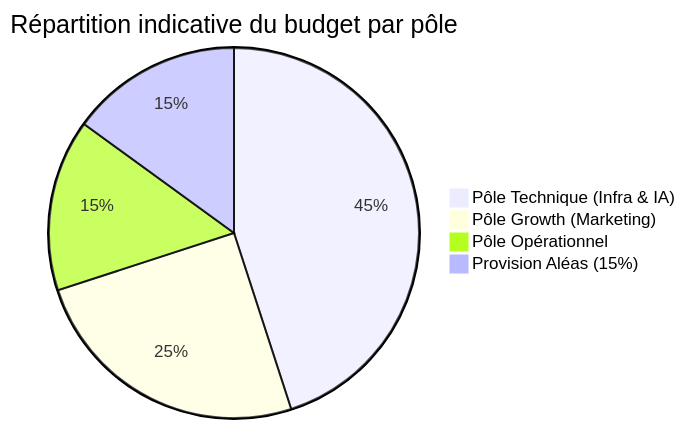
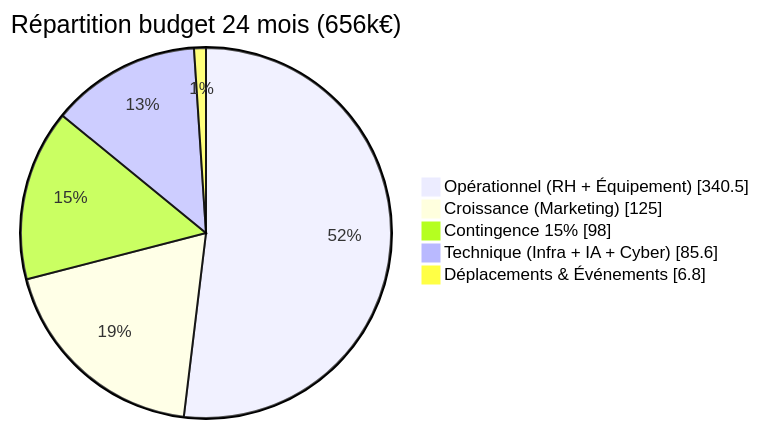
Before and after one commit to lucavdb06/flowlearn: the first of 5 diagrams in 1-document/projet/2-en-cours/budget-previsionnel.md, drawn with Mermaid. The commit also changed other lines of this file and 3 other files, not shown here.

````diff
--- a/1-document/projet/2-en-cours/budget-previsionnel.md
+++ b/1-document/projet/2-en-cours/budget-previsionnel.md
@@ -61,7 +101,9 @@
 ```mermaid
-pie title Répartition indicative du budget par pôle
-    "Pôle Technique (Infra & IA)" : 45
-    "Pôle Growth (Marketing)" : 25
-    "Pôle Opérationnel" : 15
-    "Provision Aléas (15%)" : 15
+pie showData
+    title Répartition budget 24 mois (656k€)
+    "Opérationnel (RH + Équipement)" : 340.5
+    "Croissance (Marketing)" : 125
+    "Contingence 15%" : 98
+    "Technique (Infra + IA + Cyber)" : 85.6
+    "Déplacements & Événements" : 6.8
 ```
````
